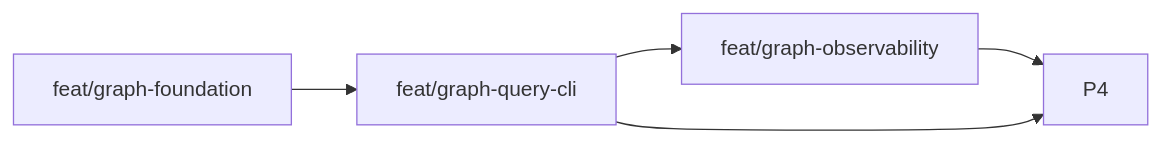
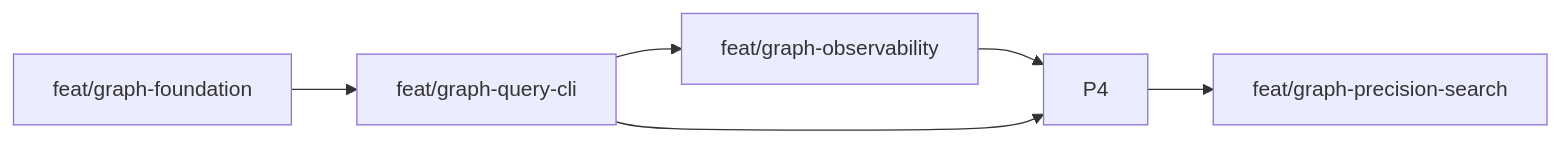
The diagram in .cicadas/active/code-graph/approach.md (ecodan/cicadas), drawn with Mermaid before and after one commit. The commit also changed other lines of this file and 17 other files, not shown here.

Commit message:
feat(graph): add staged persistence and query observability

````diff
--- a/.cicadas/active/code-graph/approach.md
+++ b/.cicadas/active/code-graph/approach.md
@@ -131,7 +156,8 @@
 ```mermaid
 graph LR
     P1["feat/graph-foundation"] --> P2["feat/graph-query-cli"]
     P2 --> P3["feat/graph-observability"]
     P3 --> P4
     P2 --> P4
+    P4 --> P5["feat/graph-precision-search"]
 ```
````
